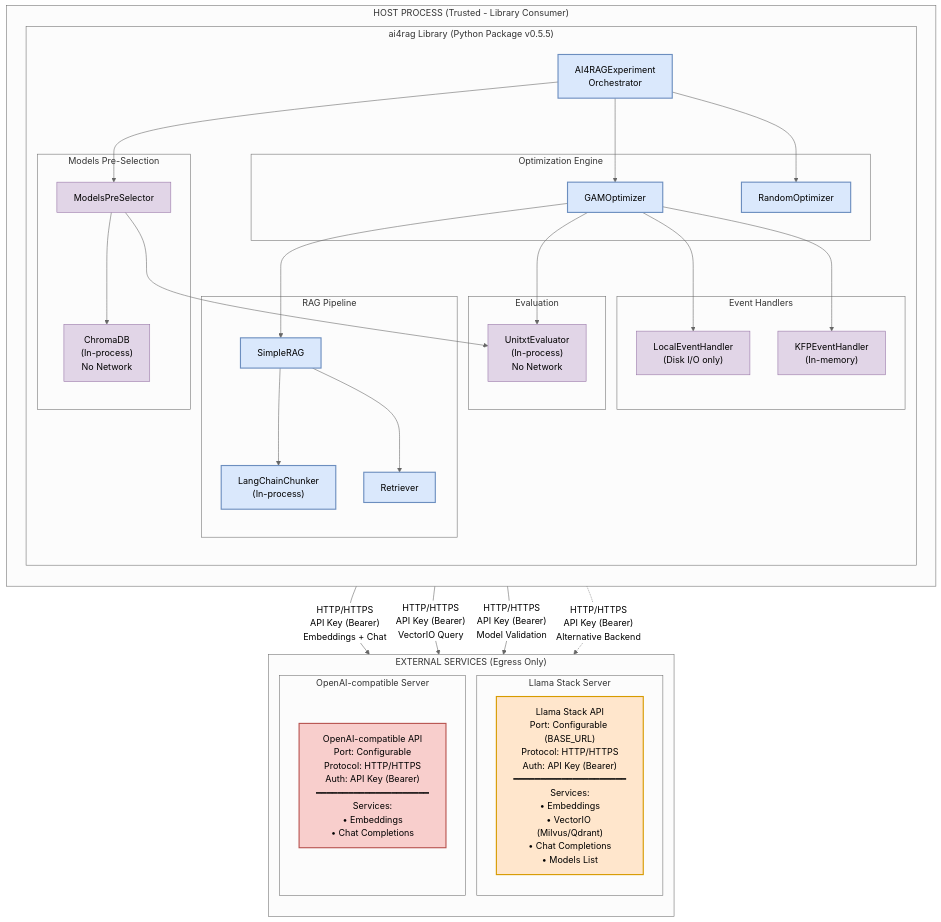
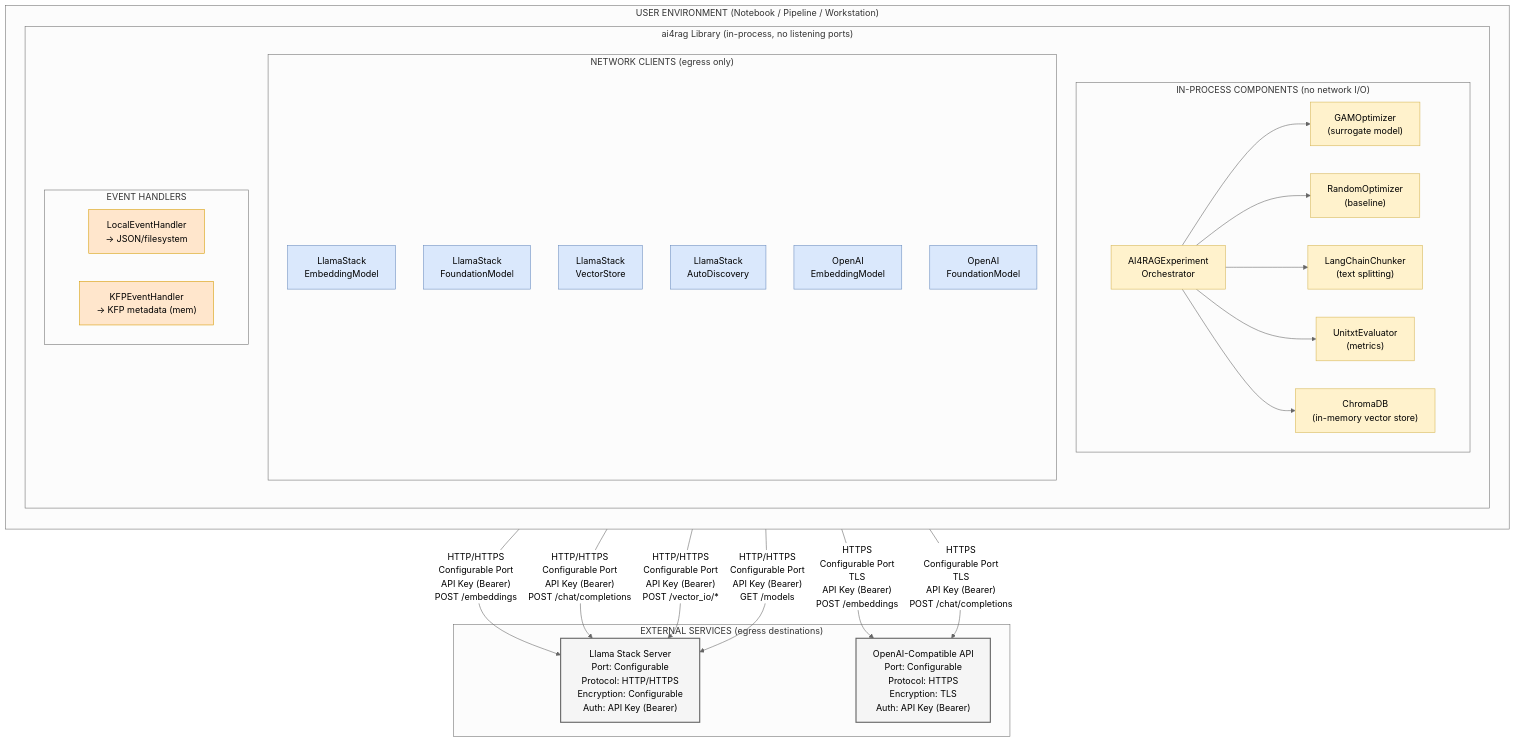
Before and after one commit to rhuss/architecture-context: the diagram in architecture/rhoai.next/diagrams/ai4rag-security-network.mmd, drawn with Mermaid (neutral theme). The commit also changed 944 other files, not shown here.

```diff
--- a/architecture/rhoai.next/diagrams/ai4rag-security-network.mmd
+++ b/architecture/rhoai.next/diagrams/ai4rag-security-network.mmd
@@ -1,80 +1,67 @@
 graph TB
-    subgraph HostProcess["HOST PROCESS (Trusted - Library Consumer)"]
+    subgraph UserEnv["USER ENVIRONMENT (Notebook / Pipeline / Workstation)"]
         direction TB
 
-        subgraph ai4rag["ai4rag Library (Python Package v0.5.5)"]
+        subgraph Library["ai4rag Library (in-process, no listening ports)"]
             direction TB
-            Experiment["AI4RAGExperiment<br/>Orchestrator"]
 
-            subgraph PreSelection["Models Pre-Selection"]
-                MPS["ModelsPreSelector"]
-                ChromaLocal["ChromaDB<br/>(In-process)<br/>No Network"]
+            subgraph InProcess["IN-PROCESS COMPONENTS (no network I/O)"]
+                Experiment["AI4RAGExperiment<br/>Orchestrator"]
+                GAM["GAMOptimizer<br/>(surrogate model)"]
+                Random["RandomOptimizer<br/>(baseline)"]
+                Chunker["LangChainChunker<br/>(text splitting)"]
+                Evaluator["UnitxtEvaluator<br/>(metrics)"]
+                ChromaDB["ChromaDB<br/>(in-memory vector store)"]
             end
 
-            subgraph OptEngine["Optimization Engine"]
-                GAM["GAMOptimizer"]
-                Random["RandomOptimizer"]
+            subgraph NetworkClients["NETWORK CLIENTS (egress only)"]
+                LSEmbedClient["LlamaStack<br/>EmbeddingModel"]
+                LSFMClient["LlamaStack<br/>FoundationModel"]
+                LSVSClient["LlamaStack<br/>VectorStore"]
+                LSDiscover["LlamaStack<br/>AutoDiscovery"]
+                OAIEmbedClient["OpenAI<br/>EmbeddingModel"]
+                OAIFMClient["OpenAI<br/>FoundationModel"]
             end
 
-            subgraph Pipeline["RAG Pipeline"]
-                SimpleRAG["SimpleRAG"]
-                Chunker["LangChainChunker<br/>(In-process)"]
-                Retriever["Retriever"]
-            end
-
-            subgraph Eval["Evaluation"]
-                Unitxt["UnitxtEvaluator<br/>(In-process)<br/>No Network"]
-            end
-
-            subgraph Handlers["Event Handlers"]
-                LocalEH["LocalEventHandler<br/>(Disk I/O only)"]
-                KFPEH["KFPEventHandler<br/>(In-memory)"]
+            subgraph Events["EVENT HANDLERS"]
+                LocalEH["LocalEventHandler<br/>→ JSON/filesystem"]
+                KFPEH["KFPEventHandler<br/>→ KFP metadata (mem)"]
             end
         end
     end
 
-    subgraph ExternalServices["EXTERNAL SERVICES (Egress Only)"]
-        direction TB
+    subgraph ExternalServices["EXTERNAL SERVICES (egress destinations)"]
+        LlamaStack["Llama Stack Server<br/>Port: Configurable<br/>Protocol: HTTP/HTTPS<br/>Encryption: Configurable<br/>Auth: API Key (Bearer)"]
 
-        subgraph LlamaStackZone["Llama Stack Server"]
-            LS["Llama Stack API<br/>Port: Configurable (BASE_URL)<br/>Protocol: HTTP/HTTPS<br/>Auth: API Key (Bearer)<br/>━━━━━━━━━━━━━━━━━━━━━<br/>Services:<br/>• Embeddings<br/>• VectorIO (Milvus/Qdrant)<br/>• Chat Completions<br/>• Models List"]
-        end
-
-        subgraph OpenAIZone["OpenAI-compatible Server"]
-            OAI["OpenAI-compatible API<br/>Port: Configurable<br/>Protocol: HTTP/HTTPS<br/>Auth: API Key (Bearer)<br/>━━━━━━━━━━━━━━━━━━━━━<br/>Services:<br/>• Embeddings<br/>• Chat Completions"]
-        end
+        OpenAI["OpenAI-Compatible API<br/>Port: Configurable<br/>Protocol: HTTPS<br/>Encryption: TLS<br/>Auth: API Key (Bearer)"]
     end
 
-    %% Egress flows
-    SimpleRAG -->|"HTTP/HTTPS<br/>API Key (Bearer)<br/>Embeddings + Chat"| LS
-    Retriever -->|"HTTP/HTTPS<br/>API Key (Bearer)<br/>VectorIO Query"| LS
-    MPS -->|"HTTP/HTTPS<br/>API Key (Bearer)<br/>Model Validation"| LS
-
-    SimpleRAG -.->|"HTTP/HTTPS<br/>API Key (Bearer)<br/>Alternative Backend"| OAI
-
-    %% Internal flows (no network)
-    Experiment --> MPS
+    %% Orchestration flows (in-process)
     Experiment --> GAM
     Experiment --> Random
-    GAM --> SimpleRAG
-    SimpleRAG --> Chunker
-    SimpleRAG --> Retriever
-    MPS --> ChromaLocal
-    GAM --> Unitxt
-    MPS --> Unitxt
-    GAM --> LocalEH
-    GAM --> KFPEH
+    Experiment --> Chunker
+    Experiment --> Evaluator
+    Experiment --> ChromaDB
+
+    %% Egress flows to Llama Stack
+    LSEmbedClient -->|"HTTP/HTTPS<br/>Configurable Port<br/>API Key (Bearer)<br/>POST /embeddings"| LlamaStack
+    LSFMClient -->|"HTTP/HTTPS<br/>Configurable Port<br/>API Key (Bearer)<br/>POST /chat/completions"| LlamaStack
+    LSVSClient -->|"HTTP/HTTPS<br/>Configurable Port<br/>API Key (Bearer)<br/>POST /vector_io/*"| LlamaStack
+    LSDiscover -->|"HTTP/HTTPS<br/>Configurable Port<br/>API Key (Bearer)<br/>GET /models"| LlamaStack
+
+    %% Egress flows to OpenAI
+    OAIEmbedClient -->|"HTTPS<br/>Configurable Port<br/>TLS<br/>API Key (Bearer)<br/>POST /embeddings"| OpenAI
+    OAIFMClient -->|"HTTPS<br/>Configurable Port<br/>TLS<br/>API Key (Bearer)<br/>POST /chat/completions"| OpenAI
 
     %% Styling
-    classDef hostprocess fill:#d5e8d4,stroke:#82b366,stroke-width:3px
-    classDef library fill:#dae8fc,stroke:#6c8ebf,stroke-width:2px
-    classDef inprocess fill:#e1d5e7,stroke:#9673a6
-    classDef external fill:#fff2cc,stroke:#d6b656,stroke-width:2px
-    classDef llamastack fill:#ffe6cc,stroke:#d79b00,stroke-width:2px
-    classDef openai fill:#f8cecc,stroke:#b85450,stroke-width:2px
-    classDef nonetwork fill:#f5f5f5,stroke:#666,stroke-dasharray: 5 5
+    classDef userenv fill:#e8f4fd,stroke:#4a90e2,stroke-width:2px
+    classDef library fill:#d5e8d4,stroke:#82b366,stroke-width:2px
+    classDef inprocess fill:#fff2cc,stroke:#d6b656,stroke-width:1px
+    classDef netclient fill:#dae8fc,stroke:#6c8ebf,stroke-width:1px
+    classDef events fill:#ffe6cc,stroke:#d79b00,stroke-width:1px
+    classDef external fill:#f5f5f5,stroke:#666,stroke-width:2px
 
-    class Experiment,GAM,Random,SimpleRAG,Chunker,Retriever library
-    class MPS,Unitxt,ChromaLocal,LocalEH,KFPEH inprocess
-    class LS llamastack
-    class OAI openai
+    class Experiment,GAM,Random,Chunker,Evaluator,ChromaDB inprocess
+    class LSEmbedClient,LSFMClient,LSVSClient,LSDiscover,OAIEmbedClient,OAIFMClient netclient
+    class LocalEH,KFPEH events
+    class LlamaStack,OpenAI external
```
